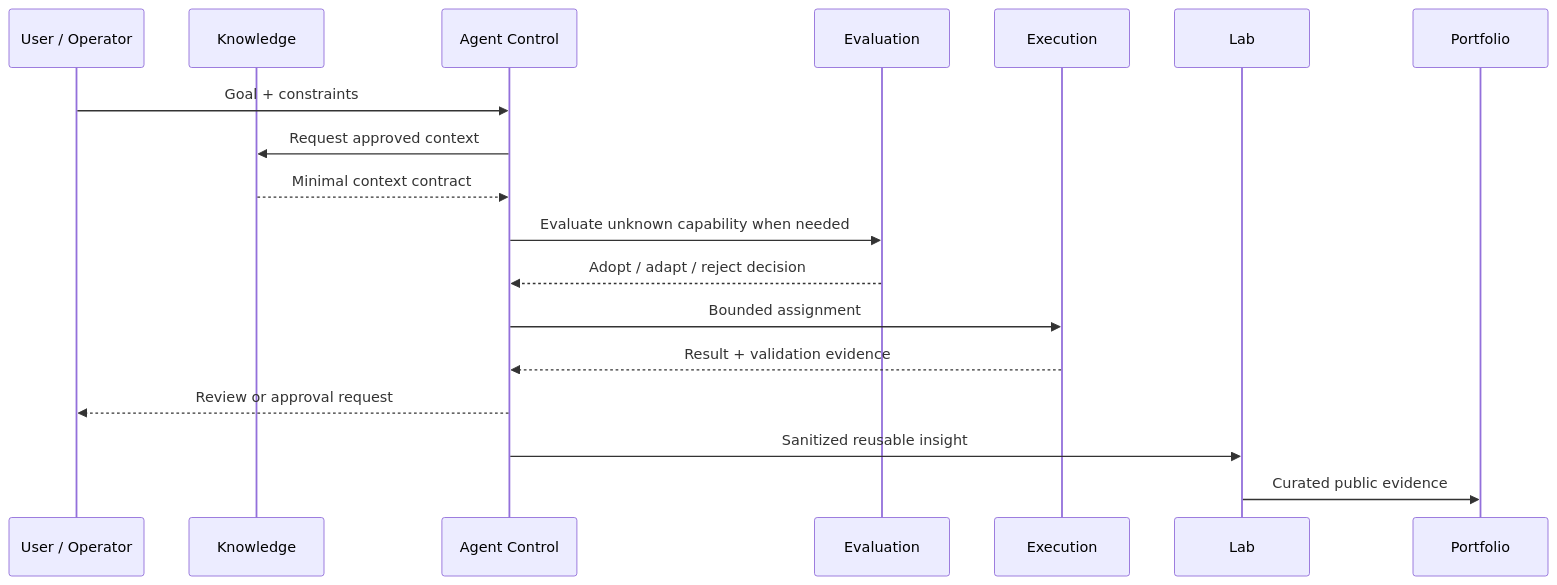
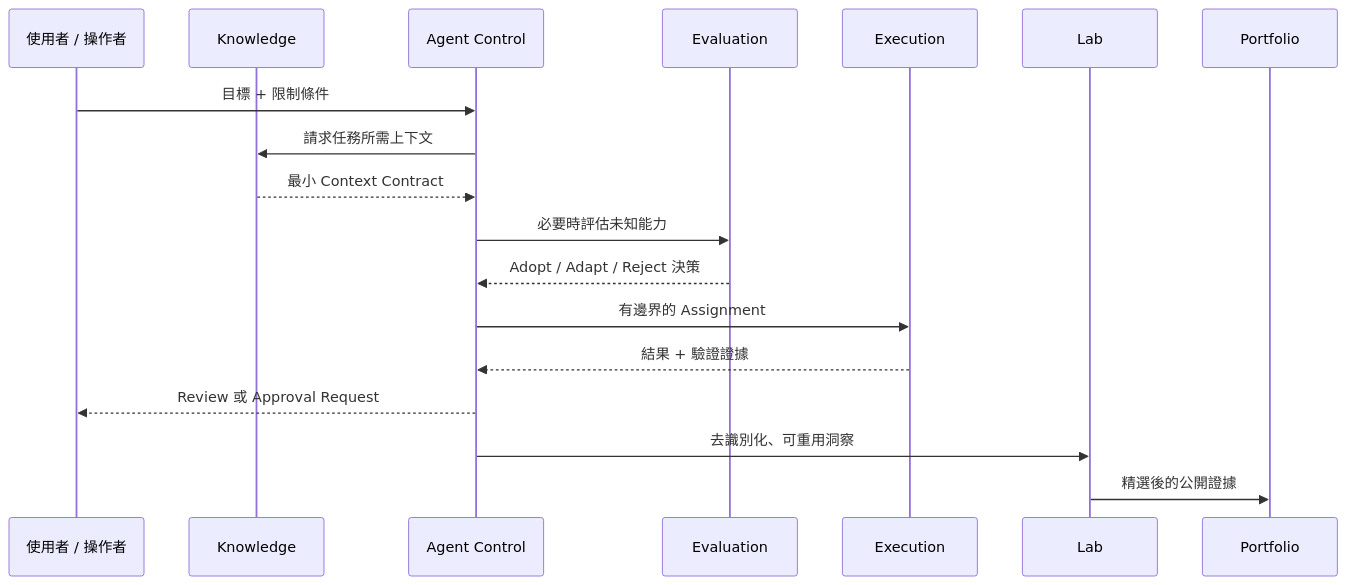
Before and after one commit to sodahsu/ai-agent-architecture: the first of 2 diagrams in docs/architecture/data-flow.md, drawn with Mermaid. The commit also changed other lines of this file, not shown here.

````diff
--- a/docs/architecture/data-flow.md
+++ b/docs/architecture/data-flow.md
@@ -7,21 +7,21 @@
 ```mermaid
 sequenceDiagram
-    participant U as User / Operator
+    participant U as 使用者 / 操作者
     participant K as Knowledge
     participant C as Agent Control
     participant E as Evaluation
     participant X as Execution
     participant L as Lab
     participant P as Portfolio
 
-    U->>C: Goal + constraints
-    C->>K: Request approved context
-    K-->>C: Minimal context contract
-    C->>E: Evaluate unknown capability when needed
-    E-->>C: Adopt / adapt / reject decision
-    C->>X: Bounded assignment
-    X-->>C: Result + validation evidence
-    C-->>U: Review or approval request
-    C->>L: Sanitized reusable insight
-    L->>P: Curated public evidence
+    U->>C: 目標 + 限制條件
+    C->>K: 請求任務所需上下文
+    K-->>C: 最小 Context Contract
+    C->>E: 必要時評估未知能力
+    E-->>C: Adopt / Adapt / Reject 決策
+    C->>X: 有邊界的 Assignment
+    X-->>C: 結果 + 驗證證據
+    C-->>U: Review 或 Approval Request
+    C->>L: 去識別化、可重用洞察
+    L->>P: 精選後的公開證據
 ```
````
